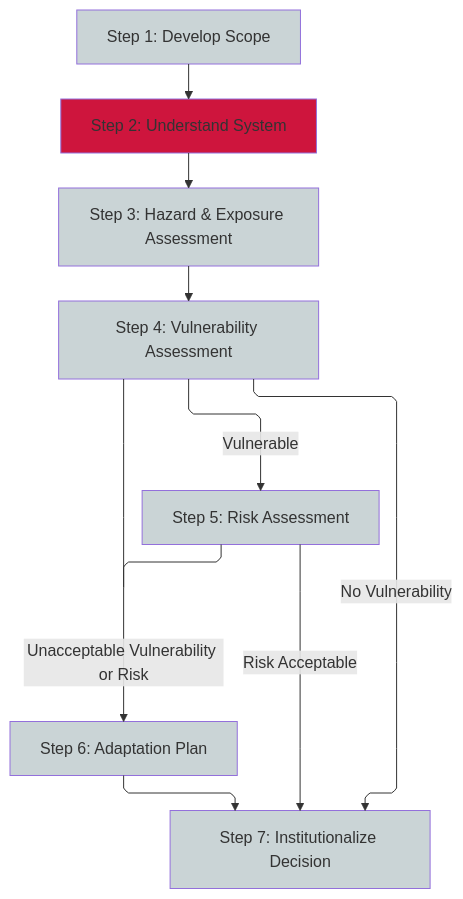
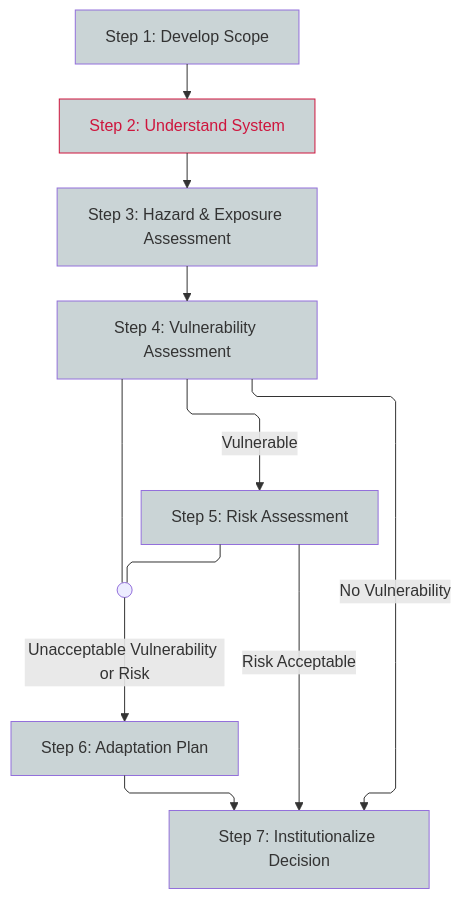
Before and after one commit to Ouranosinc/energy_climate_data_guide: the diagram in ecdg_report/adaptation/risk_step2_system.qmd, drawn with Mermaid. The commit also changed 8 other files, not shown here.

Commit message:
repaired all flowcharts in vulnerability assessment; repaired fenced sections (start)

````diff
--- a/ecdg_report/adaptation/risk_step2_system.qmd
+++ b/ecdg_report/adaptation/risk_step2_system.qmd
@@ -22,25 +22,26 @@
 ```{mermaid}
 %%| fig-align: center
 %%| fig-cap: "Generic Workflow for Adaptation"
 ---
 config:
     flowchart:
         curve: linear
 ---
 flowchart-elk TD
     A[Step 1: Develop Scope]:::basic --> B[Step 2: Understand System]:::focus
     B --> C[Step 3: Hazard & Exposure Assessment]:::basic
     C --> D[Step 4: Vulnerability Assessment]:::basic
     H[Step 7: Institutionalize Decision]:::basic
     D --> |No Vulnerability| H
     D --> |Vulnerable| E[Step 5: Risk Assessment]:::basic
     F[Step 6: Adaptation Plan]:::basic
-    D & E --- J1[ ]:::join
+    E --- J1
+    D --- J1(( )):::join
     J1 --> |Unacceptable Vulnerability or Risk| F
     E --> |Risk Acceptable| H
     F --> H
 
     classDef basic fill:#CAD4D6
-    classDef focus fill:#CE153D
+    classDef focus fill:#CAD4D6, stroke:#CE153D, color:#CE153D
     classDef join height:0px
 ```
````
